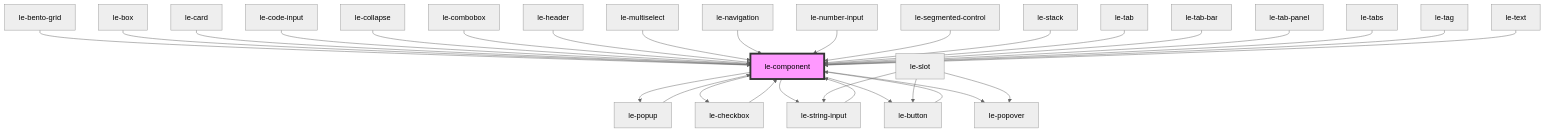
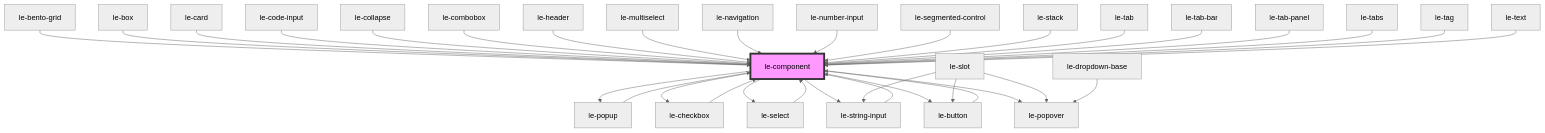
One commit to leechy/le-kit changed the diagram in packages/core/src/components/le-component/readme.md. Above: the diagram before and after it, drawn with Mermaid (neutral theme). The commit also changed other lines of this file and 32 other files, not shown here.

````diff
--- a/packages/core/src/components/le-component/readme.md
+++ b/packages/core/src/components/le-component/readme.md
@@ -85,34 +87,37 @@
 ```mermaid
 graph TD;
   le-component --> le-button
+  le-component --> le-select
   le-component --> le-checkbox
   le-component --> le-string-input
   le-component --> le-popover
   le-component --> le-popup
   le-button --> le-component
   le-slot --> le-popover
   le-slot --> le-button
   le-slot --> le-string-input
   le-string-input --> le-component
+  le-select --> le-component
+  le-dropdown-base --> le-popover
   le-checkbox --> le-component
   le-popup --> le-component
   le-bento-grid --> le-component
   le-box --> le-component
   le-card --> le-component
   le-code-input --> le-component
   le-collapse --> le-component
   le-combobox --> le-component
   le-header --> le-component
   le-multiselect --> le-component
   le-navigation --> le-component
   le-number-input --> le-component
   le-segmented-control --> le-component
   le-stack --> le-component
   le-tab --> le-component
   le-tab-bar --> le-component
   le-tab-panel --> le-component
   le-tabs --> le-component
   le-tag --> le-component
   le-text --> le-component
   style le-component fill:#f9f,stroke:#333,stroke-width:4px
 ```
````
